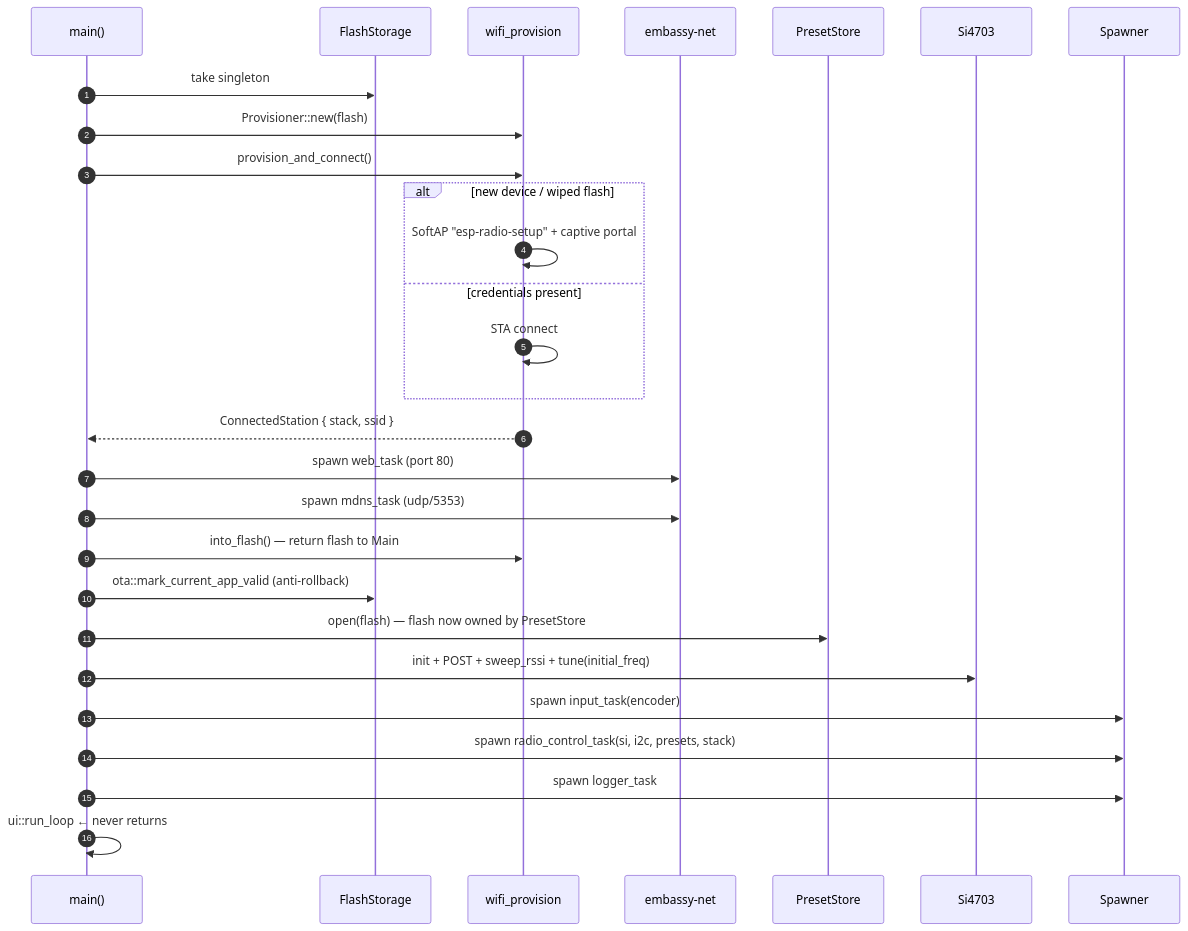
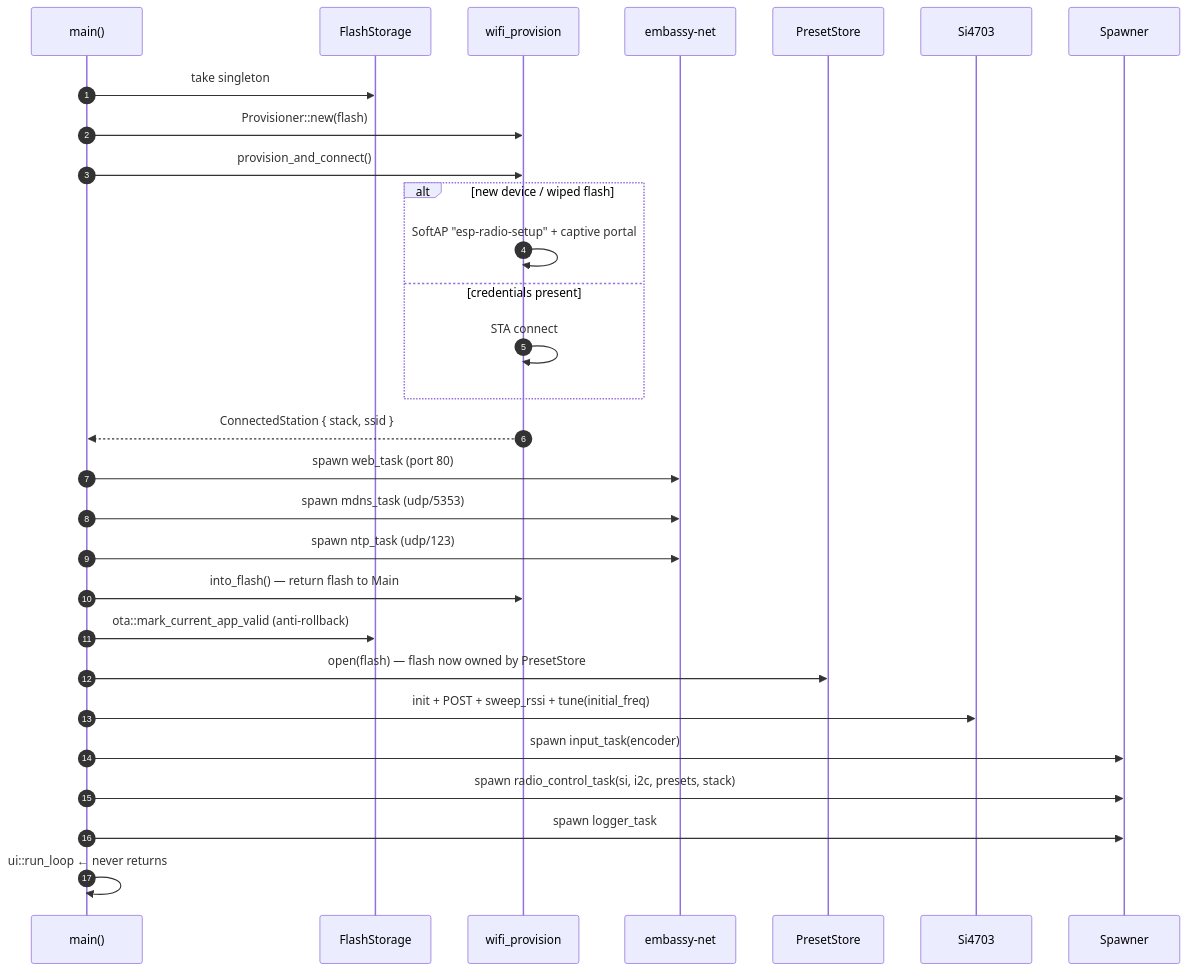
One commit to lf-wxp/radio changed the second of 2 diagrams in ARCHITECTURE.md. Above: the diagram before and after it, drawn with Mermaid. The commit also changed other lines of this file and 9 other files, not shown here.

````diff
--- a/ARCHITECTURE.md
+++ b/ARCHITECTURE.md
@@ -139,31 +141,32 @@
 ```mermaid
 sequenceDiagram
   autonumber
   participant Main as main()
   participant FS as FlashStorage
   participant WP as wifi_provision
   participant Net as embassy-net
   participant PS as PresetStore
   participant SI as Si4703
   participant SP as Spawner
 
   Main->>FS: take singleton
   Main->>WP: Provisioner::new(flash)
   Main->>WP: provision_and_connect()
   alt new device / wiped flash
     WP->>WP: SoftAP "esp-radio-setup" + captive portal
   else credentials present
     WP->>WP: STA connect
   end
   WP-->>Main: ConnectedStation { stack, ssid }
-  Main->>Net: spawn web_task (port 80)
-  Main->>Net: spawn mdns_task (udp/5353)
+    Main->>Net: spawn web_task (port 80)
+    Main->>Net: spawn mdns_task (udp/5353)
+    Main->>Net: spawn ntp_task (udp/123)
   Main->>WP: into_flash() — return flash to Main
   Main->>FS: ota::mark_current_app_valid (anti-rollback)
   Main->>PS: open(flash) — flash now owned by PresetStore
   Main->>SI: init + POST + sweep_rssi + tune(initial_freq)
   Main->>SP: spawn input_task(encoder)
   Main->>SP: spawn radio_control_task(si, i2c, presets, stack)
   Main->>SP: spawn logger_task
   Main->>Main: ui::run_loop  ← never returns
 ```
````
